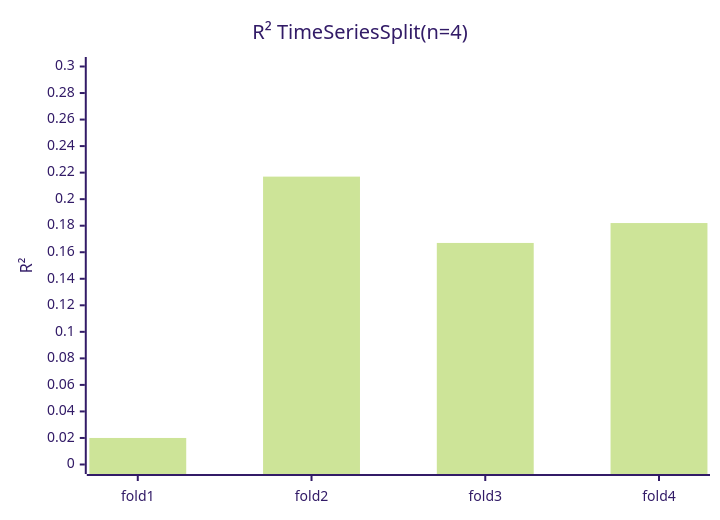
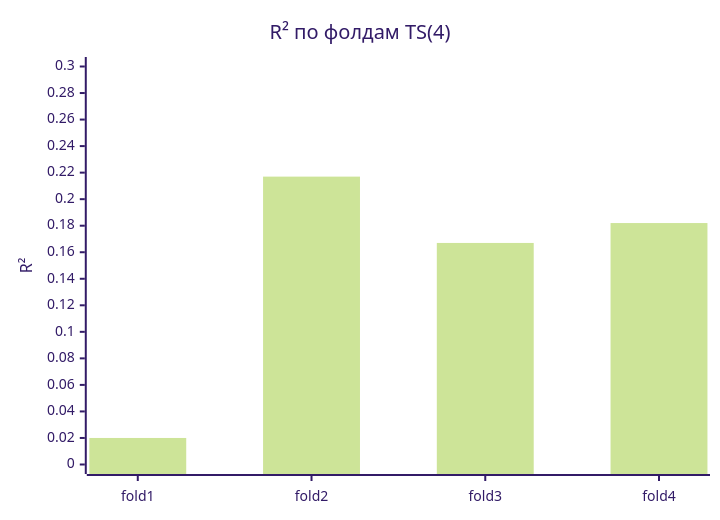
One commit to Misha-42/soda-ml-carbonation-control changed the fifth of 7 diagrams in experiments/soda-ml-nir_targetB_v6/README.md. Above: the diagram before and after it, drawn with Mermaid (forest theme). The commit also changed other lines of this file, not shown here.

````diff
--- a/experiments/soda-ml-nir_targetB_v6/README.md
+++ b/experiments/soda-ml-nir_targetB_v6/README.md
@@ -70,7 +132,7 @@
 ```mermaid
-    xychart-beta
-        title "R² TimeSeriesSplit(n=4)"
-        x-axis [fold1, fold2, fold3, fold4]
-        y-axis "R²" 0 --> 0.3
-        bar [0.020, 0.217, 0.167, 0.182]
+xychart-beta
+    title "R² по фолдам TS(4)"
+    x-axis [fold1, fold2, fold3, fold4]
+    y-axis "R²" 0 --> 0.3
+    bar [0.020, 0.217, 0.167, 0.182]
 ```
````
